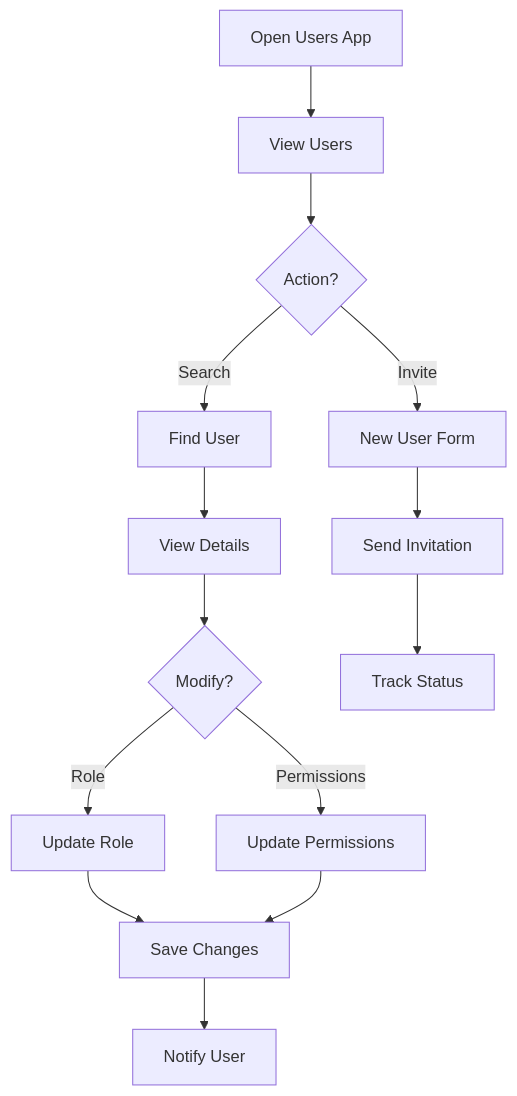
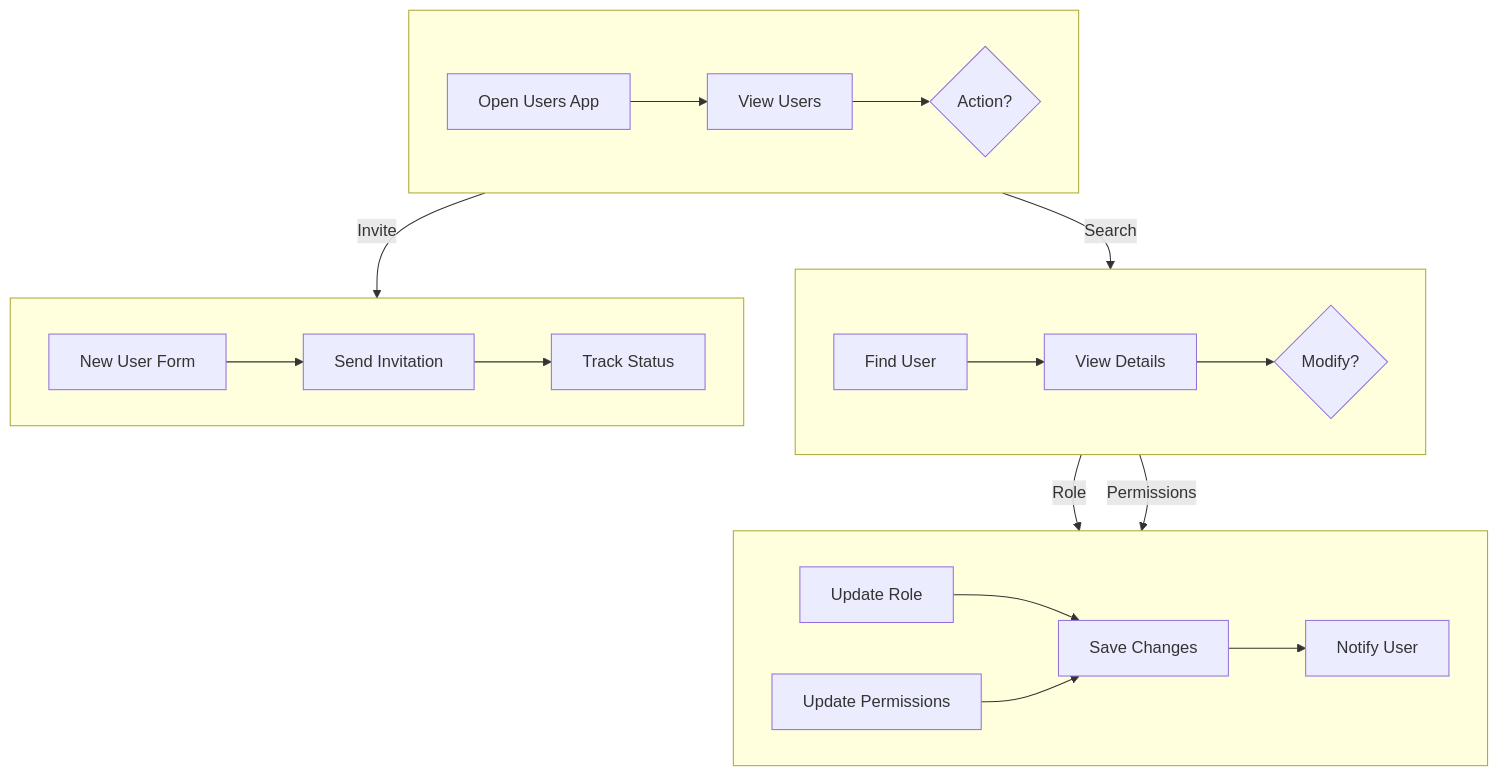
Before and after one commit to RoundRobinHood/cogniflight-cloud: the seventh of 10 diagrams in docs/SEN3781_Assignment4_Information_Architecture_Report.md, drawn with Mermaid. The commit also changed other lines of this file, not shown here.

Commit message:
improved diagram readability

````diff
--- a/docs/SEN3781_Assignment4_Information_Architecture_Report.md
+++ b/docs/SEN3781_Assignment4_Information_Architecture_Report.md
@@ -333,14 +365,24 @@
 ```mermaid
-flowchart TD
-    A[Open Users App] --> B[View Users]
-    B --> C{Action?}
-    C -->|Search| D[Find User]
-    C -->|Invite| E[New User Form]
-    D --> F[View Details] --> G{Modify?}
-    G -->|Role| H[Update Role]
-    G -->|Permissions| I[Update Permissions]
-    H --> J[Save Changes]
-    I --> J
-    J --> K[Notify User]
-    E --> L[Send Invitation] --> M[Track Status]
+flowchart TB
+    subgraph row1[" "]
+        direction LR
+        A[Open Users App] --> B[View Users] --> C{Action?}
+    end
+    subgraph row2[" "]
+        direction LR
+        D[Find User] --> F[View Details] --> G{Modify?}
+    end
+    subgraph row3[" "]
+        direction LR
+        H[Update Role] --> J[Save Changes] --> K[Notify User]
+        I[Update Permissions] --> J
+    end
+    subgraph row4[" "]
+        direction LR
+        E[New User Form] --> L[Send Invitation] --> M[Track Status]
+    end
+    C -->|Search| D
+    C -->|Invite| E
+    G -->|Role| H
+    G -->|Permissions| I
 ```
````
